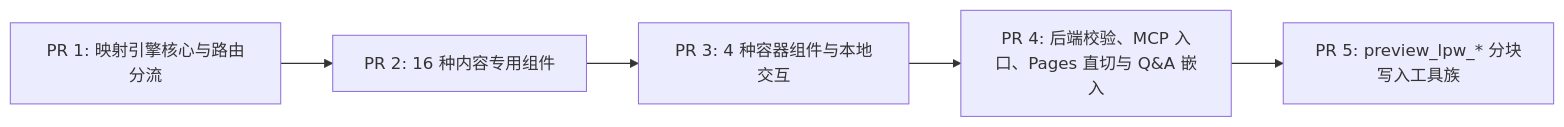
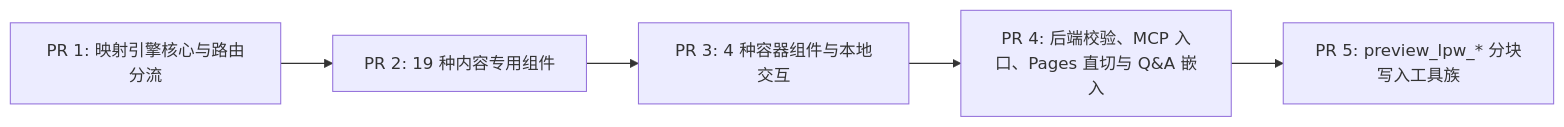
The fourth of 4 diagrams in docs/engineering/design/0003-preview-lpw-document-renderer.md (xiaolfeng/Lumina), drawn with Mermaid before and after one commit. The commit also changed other lines of this file, not shown here.

First line of the commit message:
docs(预览): LPW 组件库扩至 23 种，图表引擎改用 ECharts 按需懒加载

````diff
--- a/docs/engineering/design/0003-preview-lpw-document-renderer.md
+++ b/docs/engineering/design/0003-preview-lpw-document-renderer.md
@@ -1648,7 +1812,7 @@
 ```mermaid
 flowchart LR
-  PR1["PR 1: 映射引擎核心与路由分流"] --> PR2["PR 2: 16 种内容专用组件"]
+  PR1["PR 1: 映射引擎核心与路由分流"] --> PR2["PR 2: 19 种内容专用组件"]
   PR2 --> PR3["PR 3: 4 种容器组件与本地交互"]
   PR3 --> PR4["PR 4: 后端校验、MCP 入口、Pages 直切与 Q&A 嵌入"]
   PR4 --> PR5["PR 5: preview_lpw_* 分块写入工具族"]
 ```
````
